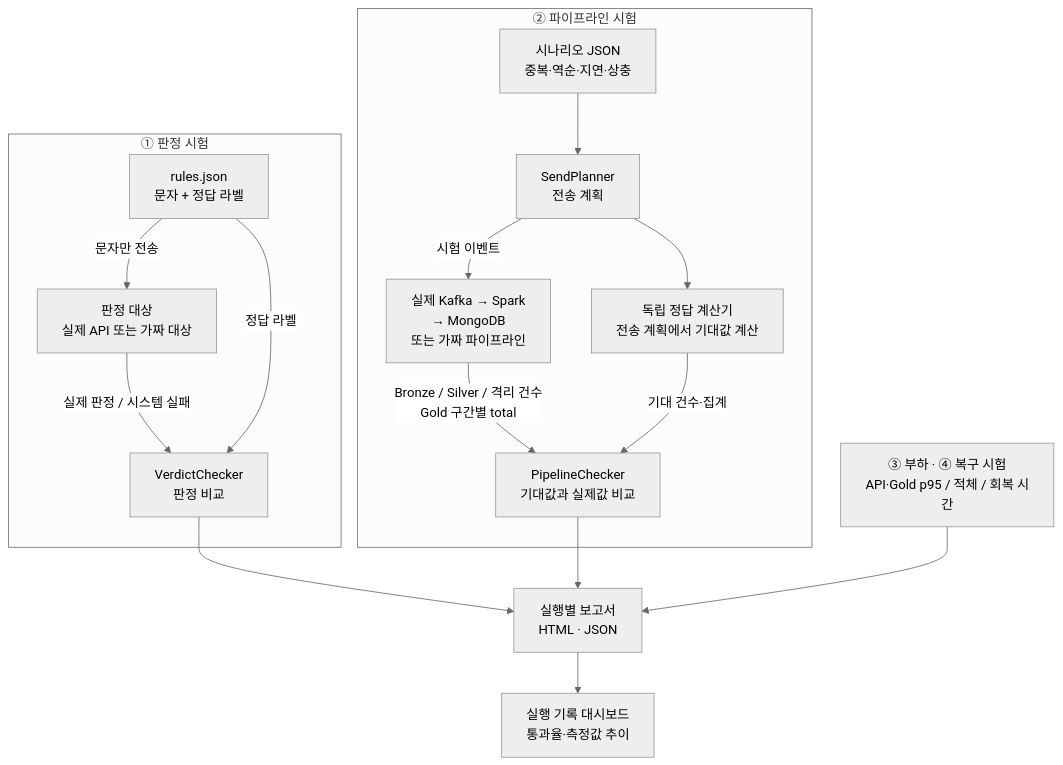
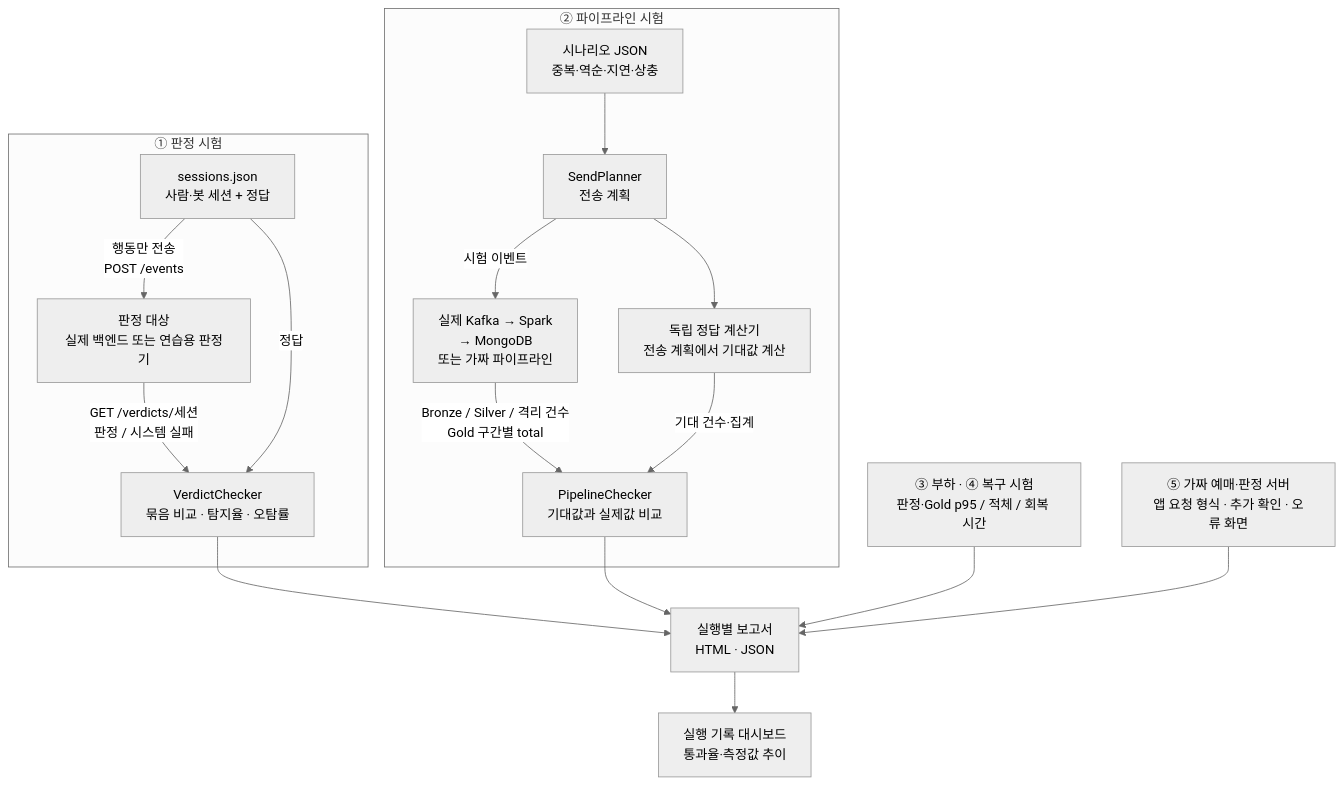
One commit to seoloo/MLO2_3rd_Project changed the fourth of 5 diagrams in README.md. Above: the diagram before and after it, drawn with Mermaid (neutral theme). The commit also changed other lines of this file and 89 other files, not shown here.

````diff
--- a/README.md
+++ b/README.md
@@ -184,21 +204,22 @@
 ```mermaid
 flowchart TB
     subgraph verdict["① 판정 시험"]
-        CASES["rules.json<br/>문자 + 정답 라벨"] -->|"문자만 전송"| API["판정 대상<br/>실제 API 또는 가짜 대상"]
-        API -->|"실제 판정 / 시스템 실패"| VC["VerdictChecker<br/>판정 비교"]
-        CASES -->|"정답 라벨"| VC
+        CASES["sessions.json<br/>사람·봇 세션 + 정답"] -->|"행동만 전송<br/>POST /events"| API["판정 대상<br/>실제 백엔드 또는 연습용 판정기"]
+        API -->|"GET /verdicts/세션<br/>판정 / 시스템 실패"| VC["VerdictChecker<br/>묶음 비교 · 탐지율 · 오탐률"]
+        CASES -->|"정답"| VC
     end
 
     subgraph pipeline["② 파이프라인 시험"]
         SCENARIO["시나리오 JSON<br/>중복·역순·지연·상충"] --> PLAN["SendPlanner<br/>전송 계획"]
         PLAN -->|"시험 이벤트"| TARGET["실제 Kafka → Spark<br/>→ MongoDB<br/>또는 가짜 파이프라인"]
         PLAN --> EXPECT["독립 정답 계산기<br/>전송 계획에서 기대값 계산"]
         TARGET -->|"Bronze / Silver / 격리 건수<br/>Gold 구간별 total"| PC["PipelineChecker<br/>기대값과 실제값 비교"]
         EXPECT -->|"기대 건수·집계"| PC
     end
 
     VC --> REPORT["실행별 보고서<br/>HTML · JSON"]
     PC --> REPORT
-    MEASURE["③ 부하 · ④ 복구 시험<br/>API·Gold p95 / 적체 / 회복 시간"] --> REPORT
+    MEASURE["③ 부하 · ④ 복구 시험<br/>판정·Gold p95 / 적체 / 회복 시간"] --> REPORT
+    MOCK["⑤ 가짜 예매·판정 서버<br/>앱 요청 형식 · 추가 확인 · 오류 화면"] --> REPORT
     REPORT --> DASH["실행 기록 대시보드<br/>통과율·측정값 추이"]
 ```
````
